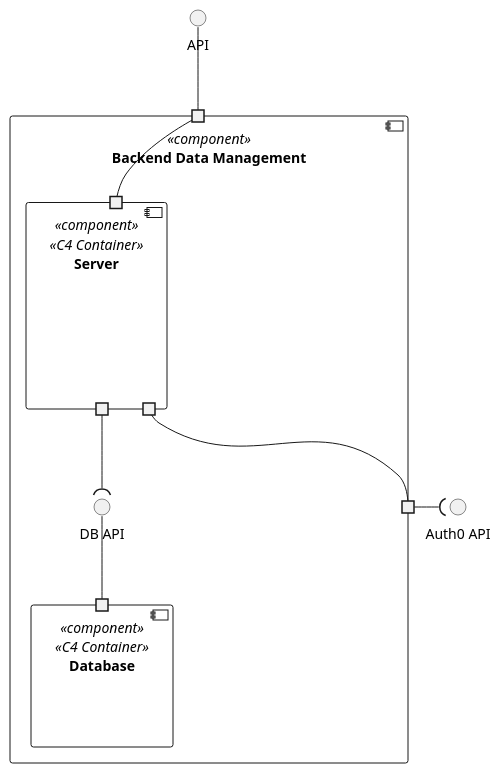
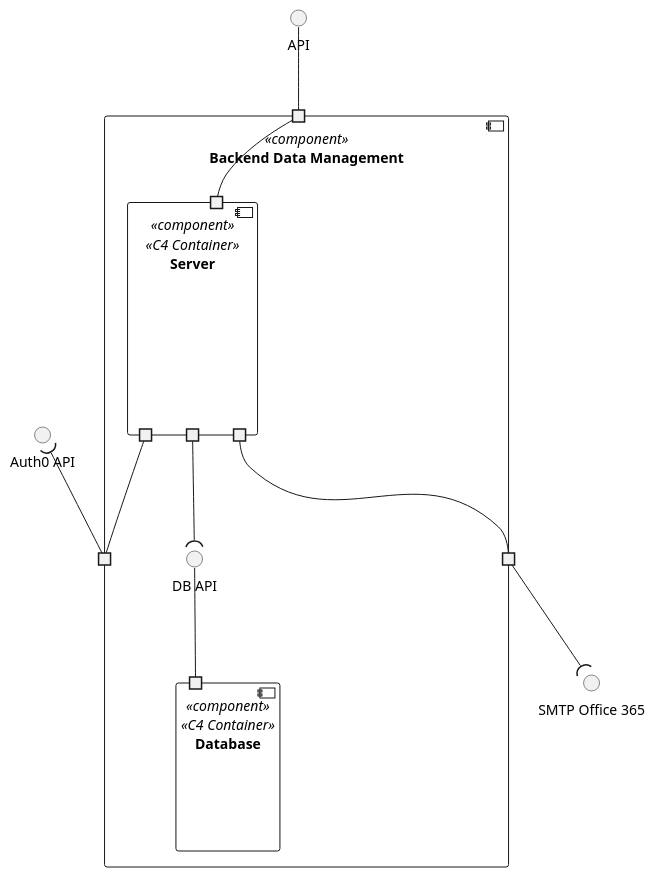
One commit to 1220846/sem5pi-24-25-3ddg20 changed the diagram in docs/views/level3/logic-view.puml. Above: the diagram before and after it, drawn with PlantUML. The commit also changed 9 other files, not shown here.

```diff
--- a/docs/views/level3/logic-view.puml
+++ b/docs/views/level3/logic-view.puml
@@ -1,31 +1,36 @@
 @startuml logic-view
 top to bottom direction
 
 interface "API" as API
 interface "Auth0 API" as A0API
+interface "SMTP Office 365" as SMTP_Office_365
 
 component "Backend Data Management" <<component>>{
     () "DB API" as DBAPI
     portin " " as PI
-    portout " " as SARMPI1
+    portout " " as SARMPO1
+    portout " " as SARMPO2
 
     component "Server" <<component>> <<C4 Container>>{
         portin " " as SVPI
         portout " " as SVPO
         portout " " as SVPO1
-
+        portout " " as SVPO2
     }
 
     component "Database" <<component>> <<C4 Container>>{
         portin " " as DBPI
     }
      
 }
 
 API -- PI
 PI -- SVPI 
 SVPO --( DBAPI
 DBPI -U- DBAPI
-SVPO1 -- SARMPI1
-SARMPI1 -r-( A0API
+SVPO1 -- SARMPO1
+SARMPO1 -u-( A0API
+
+SARMPO2 --( SMTP_Office_365
+SVPO2 -- SARMPO2
 @enduml
```
